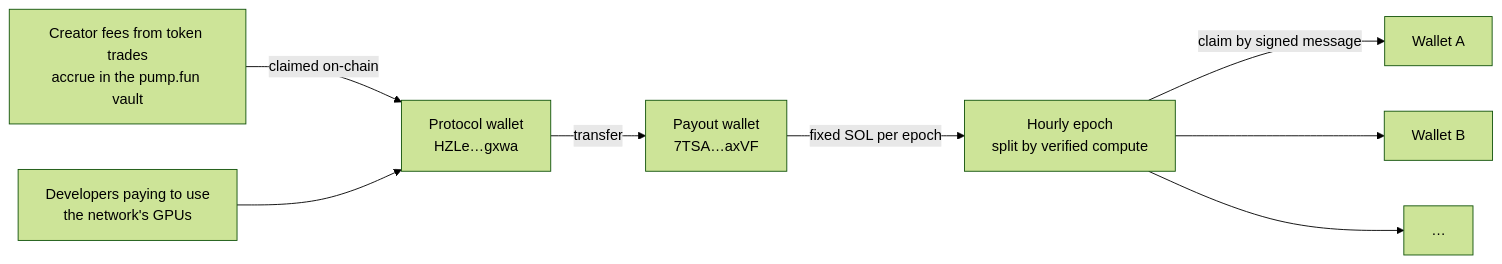
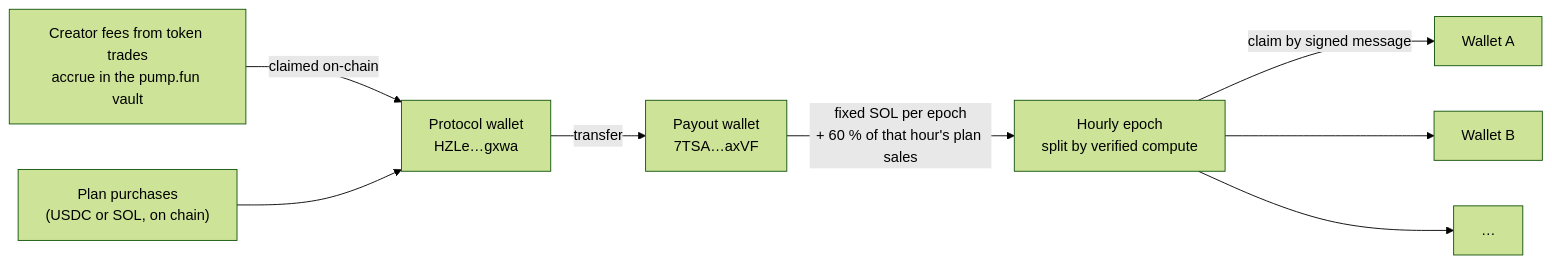
One commit to UseBrainNetwork/brain changed the diagram in gitbook/economics/how-contributors-are-paid.md. Above: the diagram before and after it, drawn with Mermaid (forest theme). The commit also changed other lines of this file and 27 other files, not shown here.

First line of the commit message:
Community GPUs get the work: COMMUNITY mode, sales-funded pool, paid shadow re-runs

````diff
--- a/gitbook/economics/how-contributors-are-paid.md
+++ b/gitbook/economics/how-contributors-are-paid.md
@@ -5,10 +5,10 @@
 ```mermaid
 flowchart LR
   fees["Creator fees from token trades<br/>accrue in the pump.fun vault"] -->|claimed on-chain| proto["Protocol wallet<br/>HZLe…gxwa"]
-  usage["Developers paying to use<br/>the network's GPUs"] --> proto
+  usage["Plan purchases<br/>(USDC or SOL, on chain)"] --> proto
   proto -->|transfer| payout["Payout wallet<br/>7TSA…axVF"]
-  payout -->|fixed SOL per epoch| epoch["Hourly epoch<br/>split by verified compute"]
+  payout -->|fixed SOL per epoch<br/>+ 60 % of that hour's plan sales| epoch["Hourly epoch<br/>split by verified compute"]
   epoch -->|claim by signed message| w1["Wallet A"]
   epoch --> w2["Wallet B"]
   epoch --> w3["…"]
 ```
````
